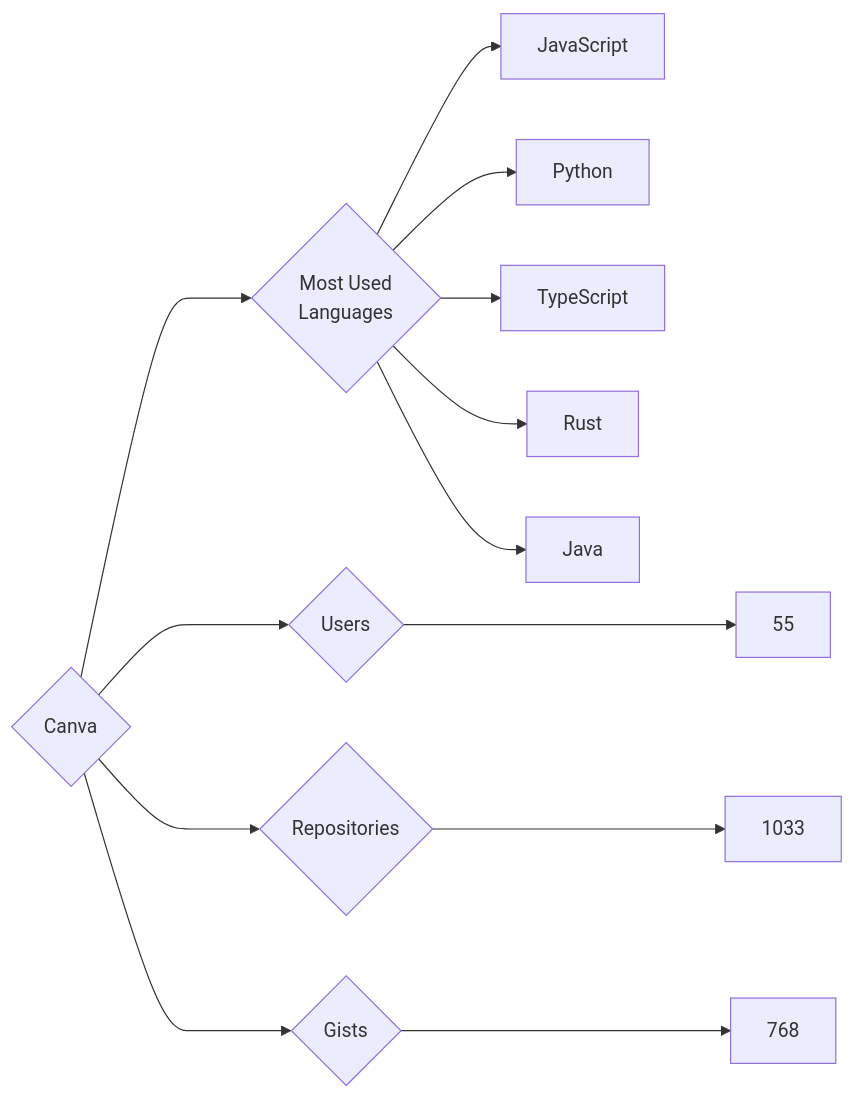
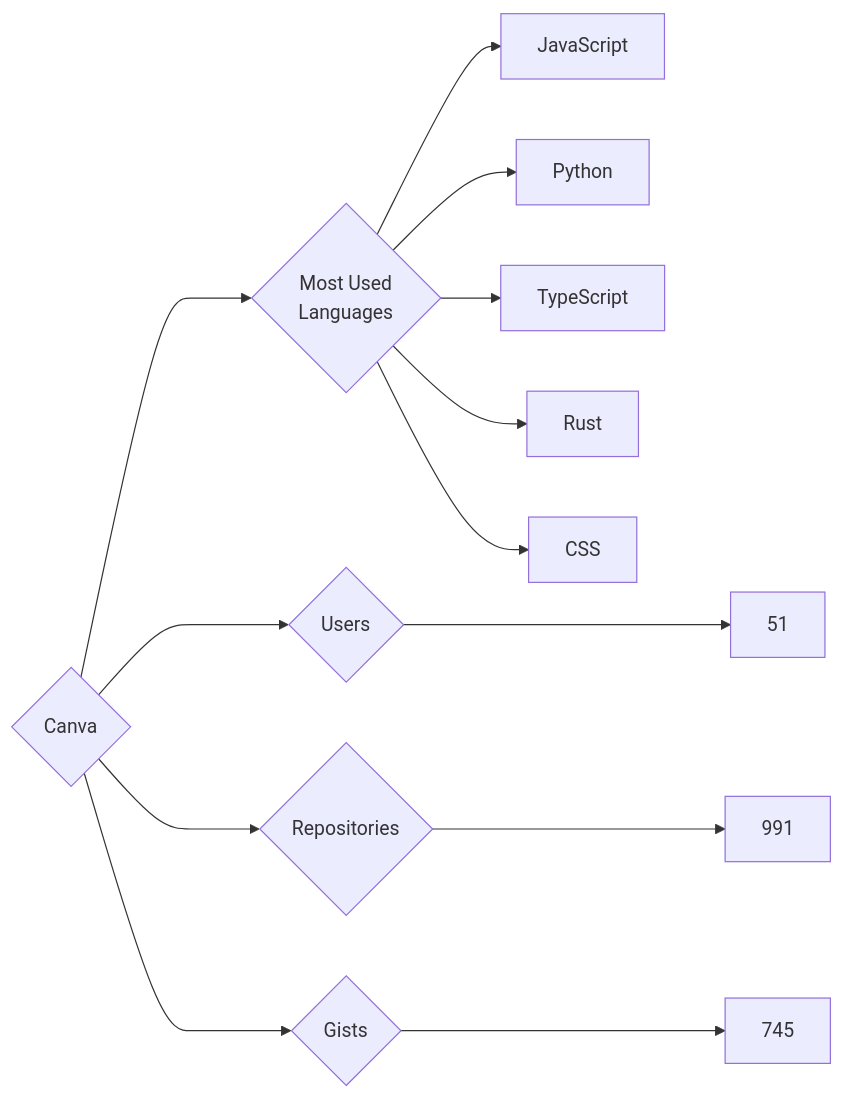
Before and after one commit to trickest/insiders: the diagram in targets/Canva/README.md, drawn with Mermaid. The commit also changed 899 other files, not shown here.

````diff
--- a/targets/Canva/README.md
+++ b/targets/Canva/README.md
@@ -3,13 +3,13 @@
 ```mermaid
 graph LR
 COMPANY_NAME{Canva}
-COMPANY_NAME ---> U{Users} ---> UN[55]
-COMPANY_NAME ---> R{Repositories} ---> RN[1033]
-COMPANY_NAME ---> G{Gists} ---> GN[768]
+COMPANY_NAME ---> U{Users} ---> UN[51]
+COMPANY_NAME ---> R{Repositories} ---> RN[991]
+COMPANY_NAME ---> G{Gists} ---> GN[745]
 COMPANY_NAME ---> ML{Most Used<br>Languages}
 ML --> JavaScript[JavaScript]
 ML --> Python[Python]
 ML --> TypeScript[TypeScript]
 ML --> Rust[Rust]
-ML --> Java[Java]
+ML --> CSS[CSS]
 ```
````
